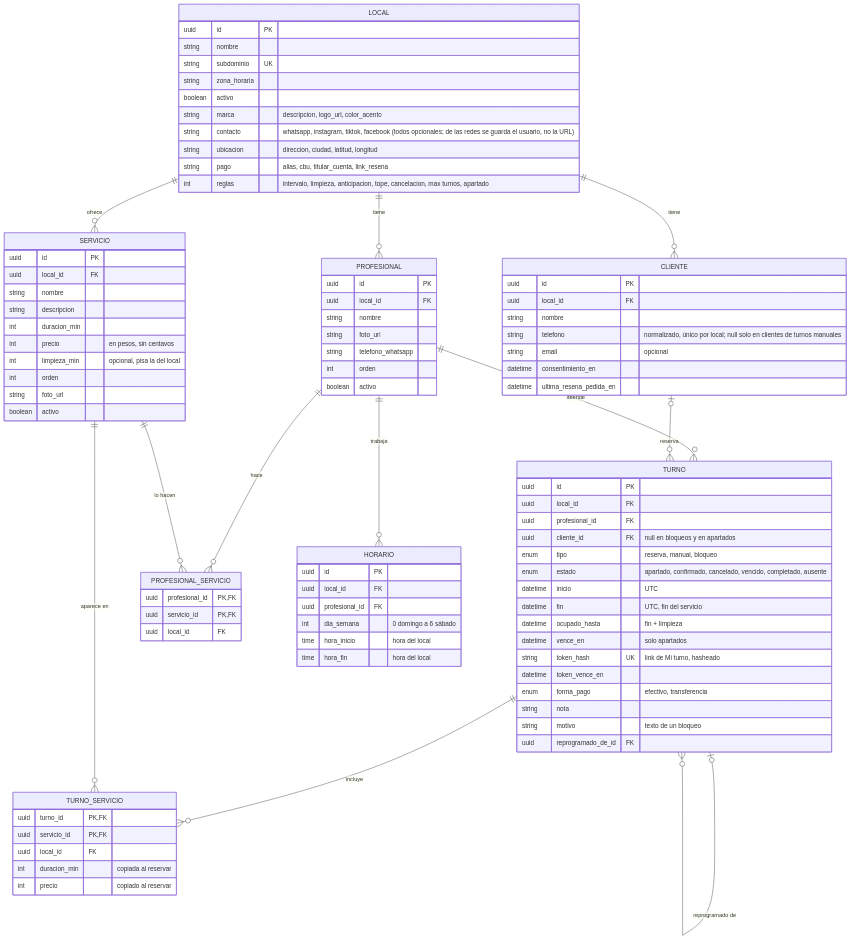
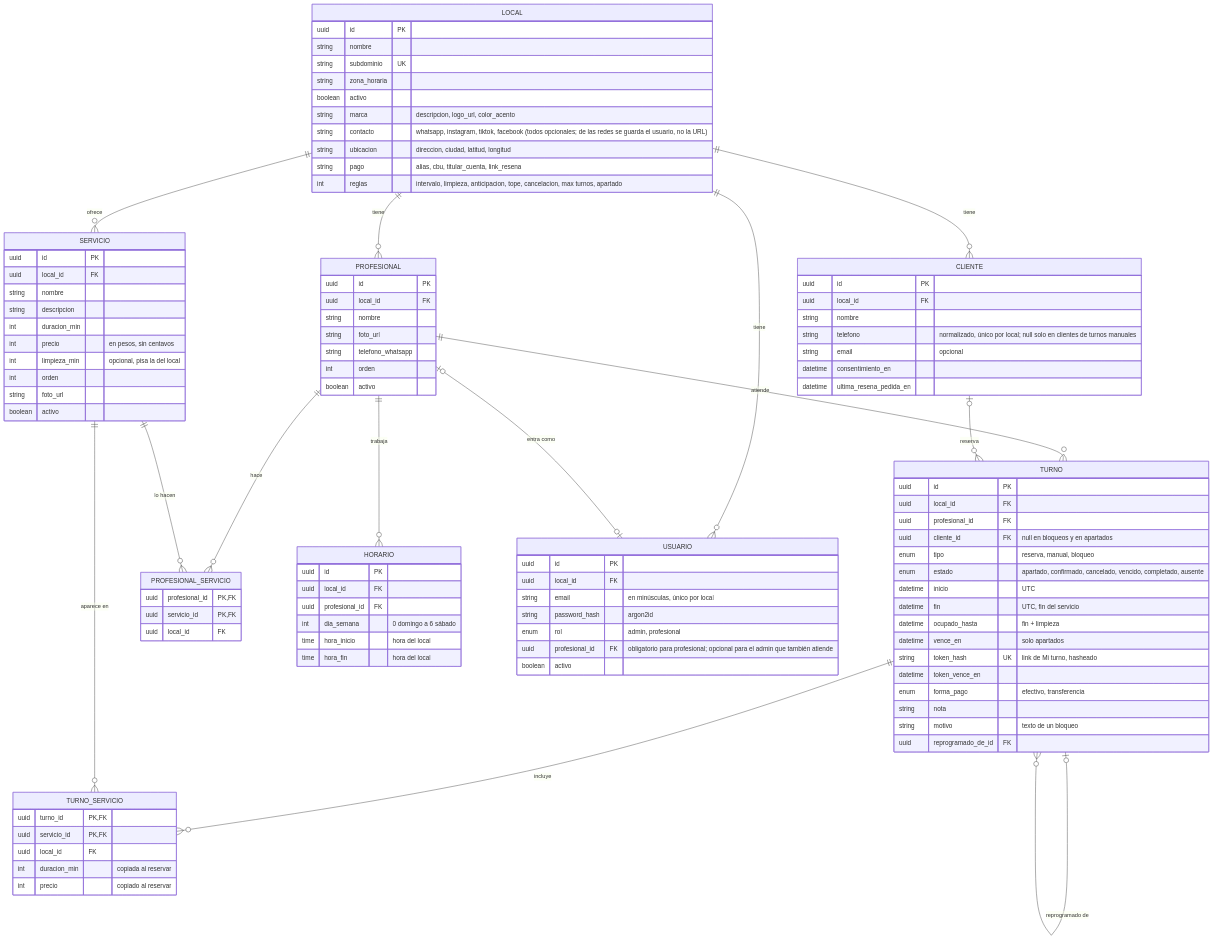
The diagram in docs/03-modelo-de-datos.md (gastonpaniagua/slotly-java), drawn with Mermaid before and after one commit. The commit also changed other lines of this file and 17 other files, not shown here.

Commit message:
feat(HU-16): tabla usuario con argon2id y tablas de Spring Session (V8), usuarios demo y limpieza de tests centralizada

````diff
--- a/docs/03-modelo-de-datos.md
+++ b/docs/03-modelo-de-datos.md
@@ -17,6 +17,8 @@
     SERVICIO ||--o{ PROFESIONAL_SERVICIO : "lo hacen"
     PROFESIONAL ||--o{ HORARIO : trabaja
     TURNO |o--o{ TURNO : "reprogramado de"
+    LOCAL ||--o{ USUARIO : tiene
+    PROFESIONAL |o--o| USUARIO : "entra como"
     LOCAL {
         uuid id PK
         string nombre
@@ -97,4 +99,13 @@
         time hora_inicio "hora del local"
         time hora_fin "hora del local"
     }
+    USUARIO {
+        uuid id PK
+        uuid local_id FK
+        string email "en minúsculas, único por local"
+        string password_hash "argon2id"
+        enum rol "admin, profesional"
+        uuid profesional_id FK "obligatorio para profesional; opcional para el admin que también atiende"
+        boolean activo
+    }
 ```
````
